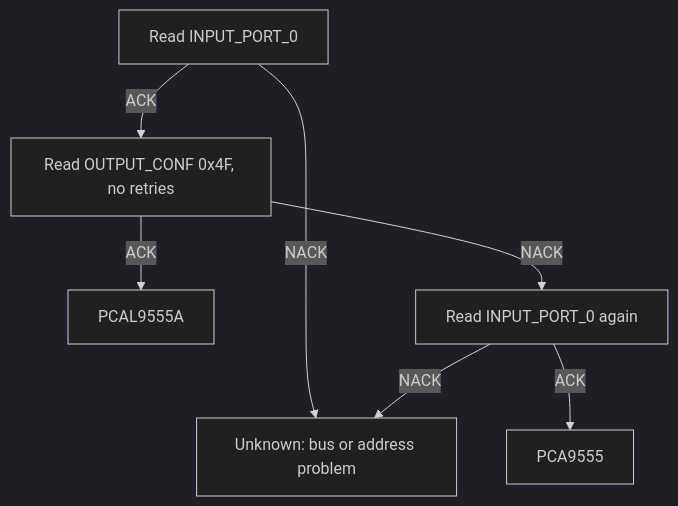
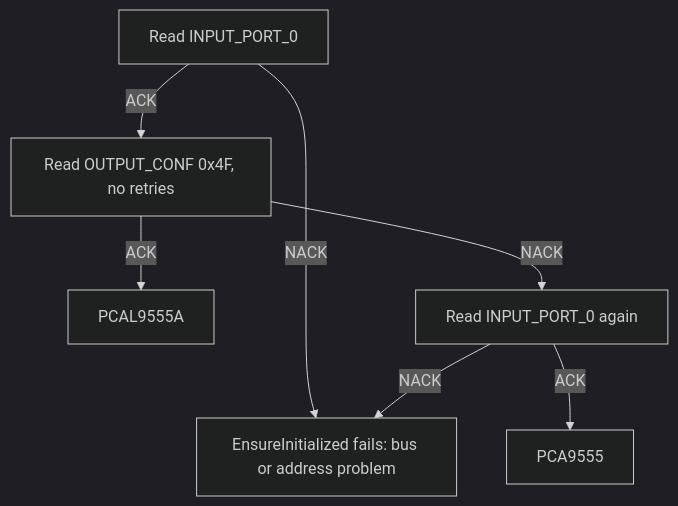
Before and after one commit to hardfoc/hf-pcal95555-driver: the diagram in docs/variants.md, drawn with Mermaid (dark theme). The commit also changed other lines of this file and 26 other files, not shown here.

````diff
--- a/docs/variants.md
+++ b/docs/variants.md
@@ -52,9 +52,9 @@
 ```mermaid
 flowchart TD
-    A[Read INPUT_PORT_0] -->|NACK| U[Unknown: bus or address problem]
+    A[Read INPUT_PORT_0] -->|NACK| U[EnsureInitialized fails: bus or address problem]
     A -->|ACK| B[Read OUTPUT_CONF 0x4F, no retries]
     B -->|ACK| P[PCAL9555A]
     B -->|NACK| C[Read INPUT_PORT_0 again]
     C -->|ACK| S[PCA9555]
     C -->|NACK| U
 ```
````
